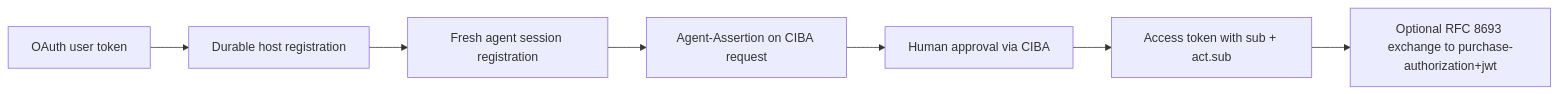
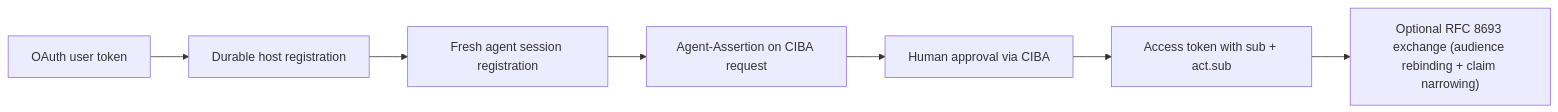
The fifth of 6 diagrams in docs/(architecture)/agent-architecture.md (gustavovalverde/zentity), drawn with Mermaid before and after one commit. The commit also changed other lines of this file and 9 other files, not shown here.

First line of the commit message:
fix(web,docs): drop purchase-authorization URN; enforce JWT typ on agent attestations

````diff
--- a/docs/(architecture)/agent-architecture.md
+++ b/docs/(architecture)/agent-architecture.md
@@ -627,9 +622,9 @@
 ```mermaid
 flowchart LR
   A["OAuth user token"] --> B["Durable host registration"]
   B --> C["Fresh agent session registration"]
   C --> D["Agent-Assertion on CIBA request"]
   D --> E["Human approval via CIBA"]
   E --> F["Access token with sub + act.sub"]
-  F --> G["Optional RFC 8693 exchange to purchase-authorization+jwt"]
+  F --> G["Optional RFC 8693 exchange (audience rebinding + claim narrowing)"]
 ```
````
